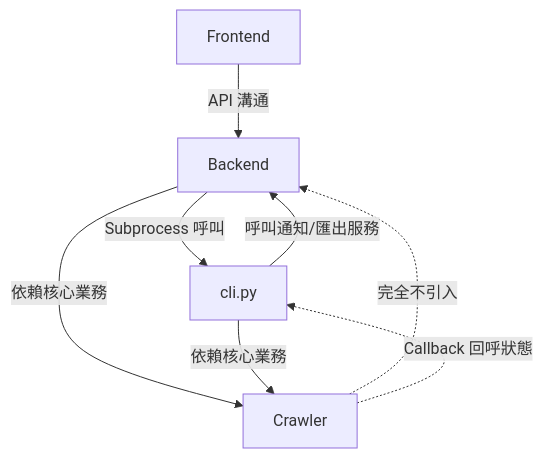
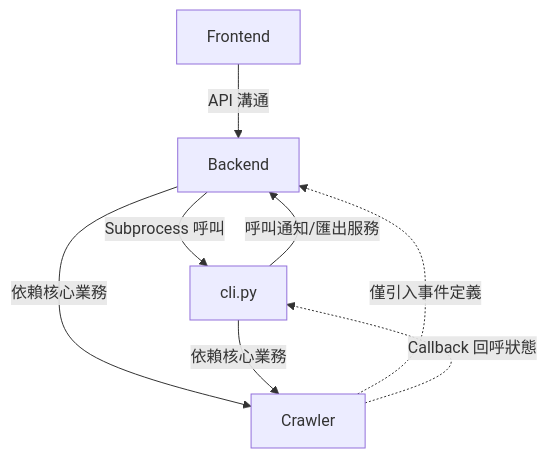
The diagram in doc/architecture.md (mfhsieh/link-checker), drawn with Mermaid before and after one commit. The commit also changed other lines of this file and 28 other files, not shown here.

````diff
--- a/doc/architecture.md
+++ b/doc/architecture.md
@@ -128,14 +125,14 @@
 ```mermaid
 graph TD
     Frontend -->|API 溝通| Backend
     Backend -->|Subprocess 呼叫| CLI[cli.py]
     Backend -->|依賴核心業務| Crawler
     
     %% CLI 與 Backend 的關係
     CLI -->|依賴核心業務| Crawler
     CLI -->|呼叫通知/匯出服務| Backend
     
     %% 消除反向耦合
-    Crawler -.->|完全不引入| Backend
+    Crawler -.->|僅引入事件定義| Backend
     Crawler -.->|Callback 回呼狀態| CLI
 ```
````
